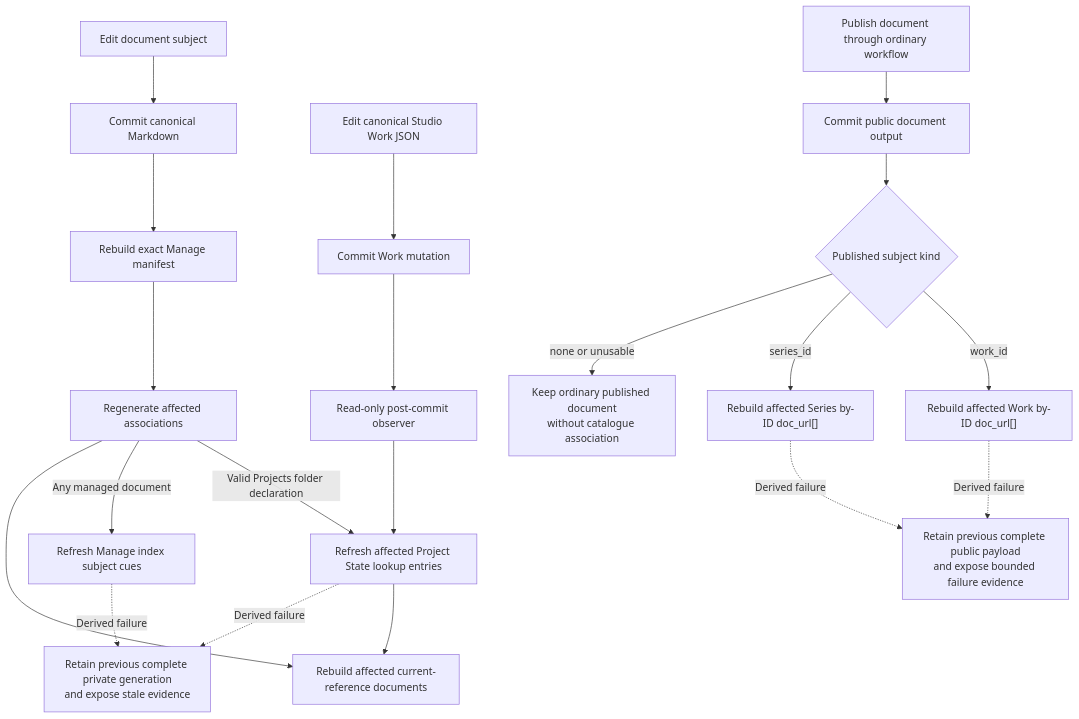
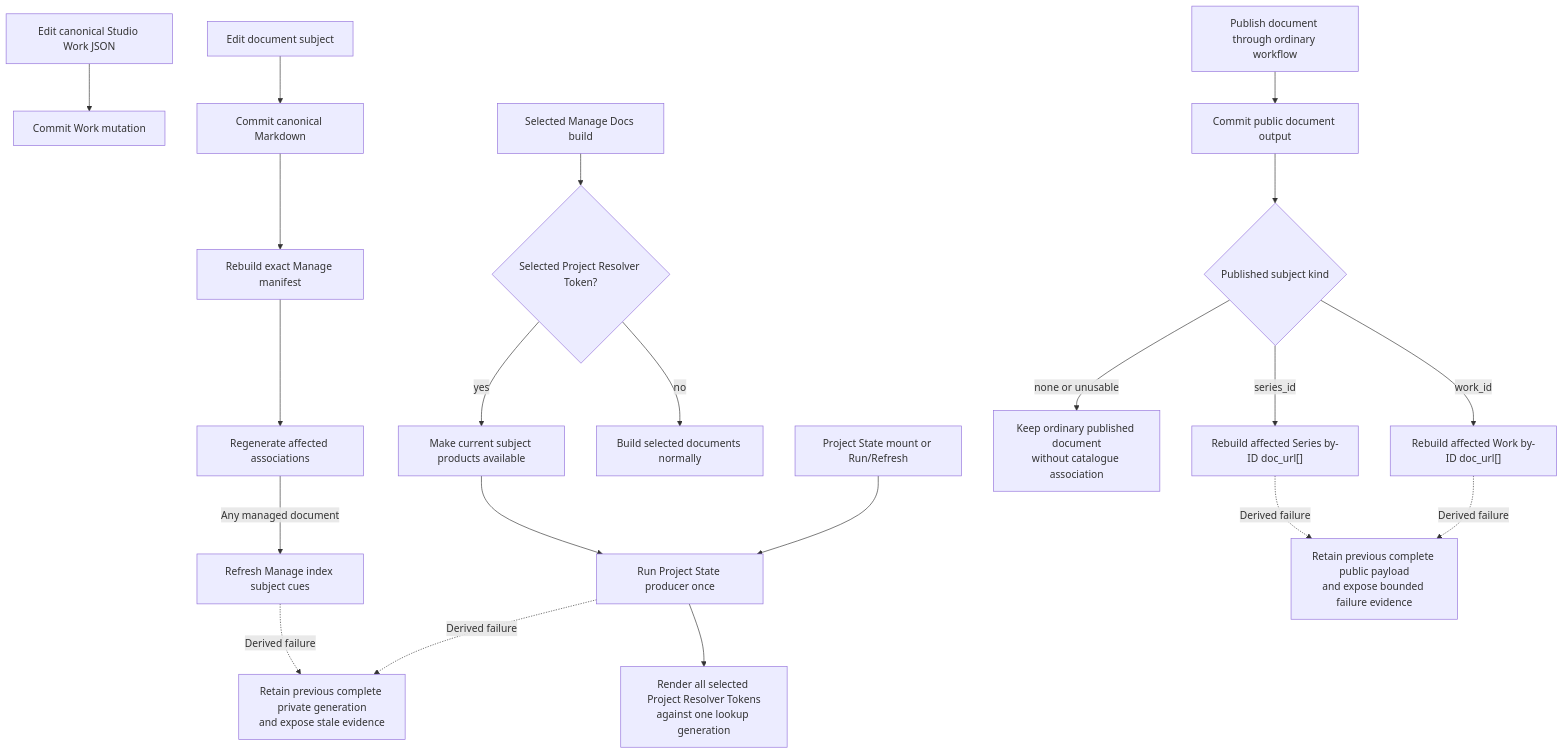
The second of 2 diagrams in docs-viewer/scopes/studio/source/documents/d-20260802-194358-7717ee.md (dotlineform/dotlineform-site), drawn with Mermaid before and after one commit. The commit also changed other lines of this file and 24 other files, not shown here.

Commit message:
SSP-2 — Docs Viewer Project State Delivery complete

````diff
--- a/docs-viewer/scopes/studio/source/documents/d-20260802-194358-7717ee.md
+++ b/docs-viewer/scopes/studio/source/documents/d-20260802-194358-7717ee.md
@@ -228,28 +228,31 @@
 ```mermaid
 flowchart TD
     accTitle: Sub-Scope Publishing mutation and refresh boundaries
-    accDescr: Canonical document and Studio mutations commit before bounded builders refresh private or public derived products; a derived failure retains the previous complete generation.
+    accDescr: Canonical mutations retain their owners; a selected Manage build refreshes Project State once before consuming Project Resolver Tokens, and derived failure retains the previous complete generation.
 
     docEdit["Edit document subject"] --> docCommit["Commit canonical Markdown"]
     docCommit --> manageBuild["Rebuild exact Manage manifest"]
     manageBuild --> associationBuild["Regenerate affected associations"]
-    associationBuild -->|"Valid Projects folder declaration"| projectRefresh["Refresh affected Project State lookup entries"]
     associationBuild -->|"Any managed document"| indexCues["Refresh Manage index subject cues"]
-    associationBuild --> referenceBuild["Rebuild affected current-reference documents"]
-    projectRefresh --> referenceBuild
 
     workEdit["Edit canonical Studio Work JSON"] --> workCommit["Commit Work mutation"]
-    workCommit --> observer["Read-only post-commit observer"]
-    observer --> projectRefresh
+
+    selectedBuild["Selected Manage Docs build"] --> tokenPlan{"Selected Project Resolver Token?"}
+    tokenPlan -->|"no"| ordinaryBuild["Build selected documents normally"]
+    tokenPlan -->|"yes"| currentSubjects["Make current subject products available"]
+    currentSubjects --> projectRefresh["Run Project State producer once"]
+    projectRefresh --> referenceBuild["Render all selected Project Resolver Tokens<br/>against one lookup generation"]
+
+    reportRun["Project State mount or Run/Refresh"] --> projectRefresh
 
     publish["Publish document through ordinary workflow"] --> publicDocs["Commit public document output"]
     publicDocs --> subjectRoute{"Published subject kind"}
     subjectRoute -->|"work_id"| workJson["Rebuild affected Work by-ID doc_url[]"]
     subjectRoute -->|"series_id"| seriesJson["Rebuild affected Series by-ID doc_url[]"]
     subjectRoute -->|"none or unusable"| ordinaryPublic["Keep ordinary published document<br/>without catalogue association"]
 
     projectRefresh -. "Derived failure" .-> privateStale["Retain previous complete private generation<br/>and expose stale evidence"]
     indexCues -. "Derived failure" .-> privateStale
     workJson -. "Derived failure" .-> publicStale["Retain previous complete public payload<br/>and expose bounded failure evidence"]
     seriesJson -. "Derived failure" .-> publicStale
 ```
````
